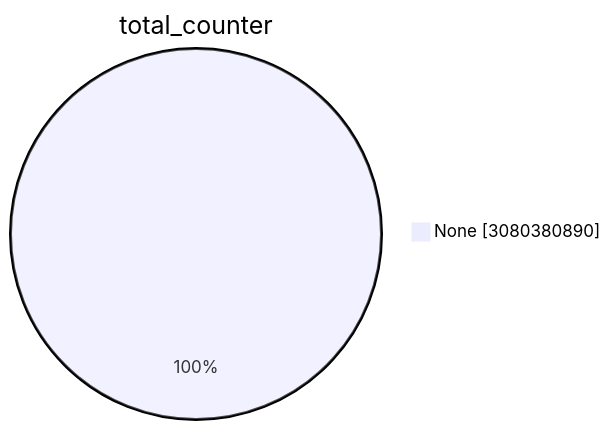
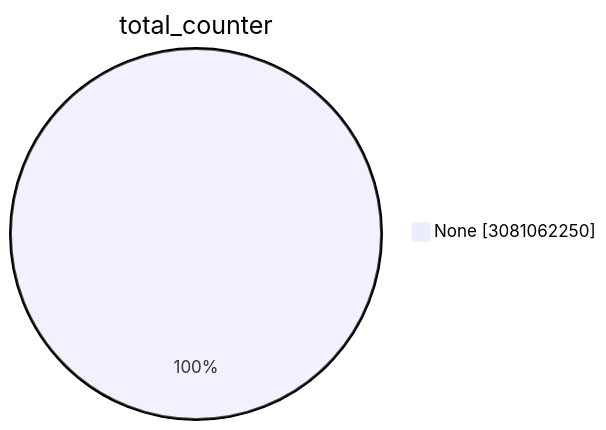
Before and after one commit to christiankrug/ctmonitor_visualization: the first of 15 diagrams in TOTAL/README.md, drawn with Mermaid. The commit also changed other lines of this file, not shown here.

````diff
--- a/TOTAL/README.md
+++ b/TOTAL/README.md
@@ -1,5 +1,5 @@
 ```mermaid
 pie showData
 title total_counter
-"None" :3080380890
+"None" :3081062250
 ```
````
